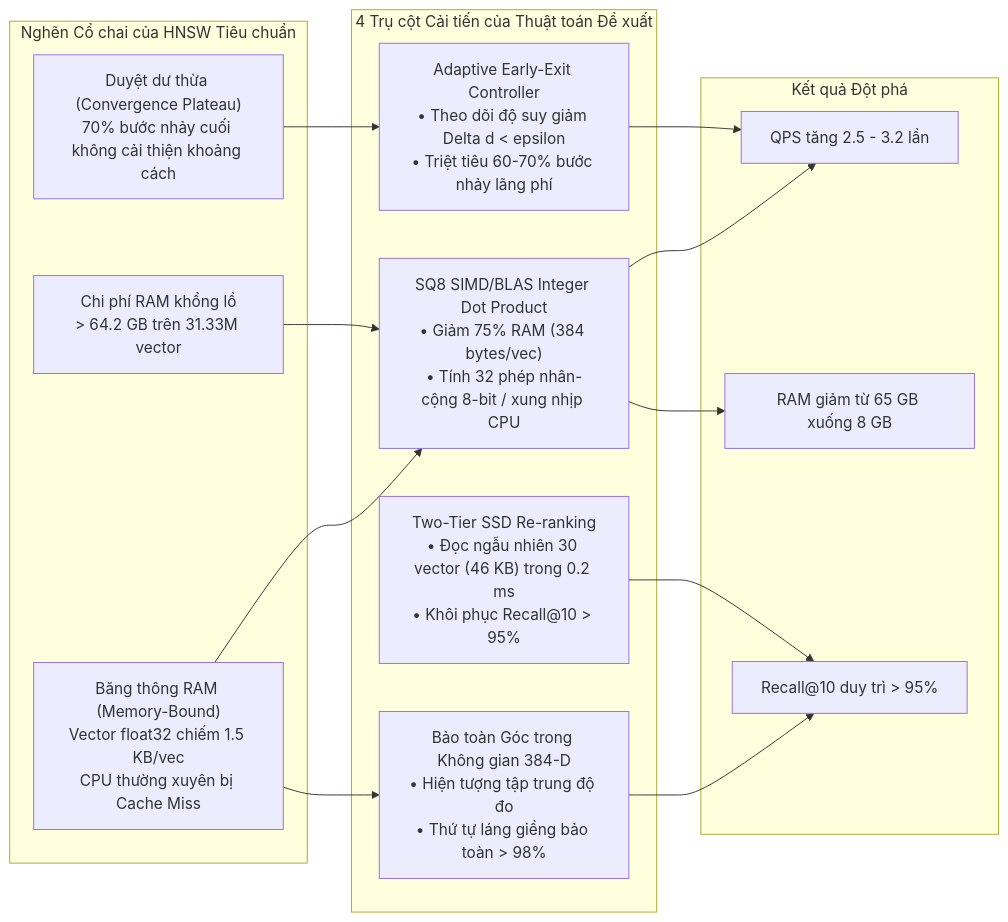
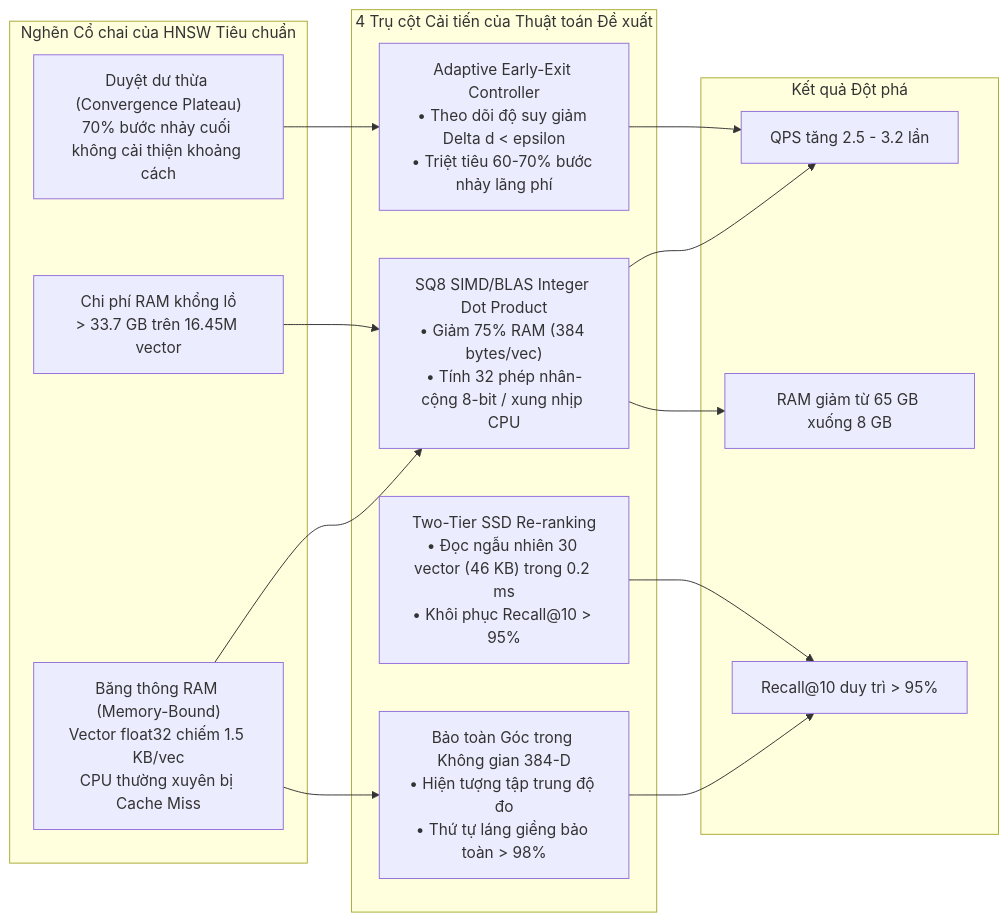
One commit to rootkind35-del/HNSW-Combined-Quantization changed the second of 2 diagrams in docs/KE_HOACH_THUC_THI_SAU_LUONG_TU_HOA.md. Above: the diagram before and after it, drawn with Mermaid. The commit also changed other lines of this file and 265 other files, not shown here.

````diff
--- a/docs/KE_HOACH_THUC_THI_SAU_LUONG_TU_HOA.md
+++ b/docs/KE_HOACH_THUC_THI_SAU_LUONG_TU_HOA.md
@@ -164,27 +161,27 @@
 ```mermaid
 flowchart LR
     subgraph Bottlenecks ["Nghẽn Cổ chai của HNSW Tiêu chuẩn"]
         B1["Băng thông RAM (Memory-Bound)<br/>Vector float32 chiếm 1.5 KB/vec<br/>CPU thường xuyên bị Cache Miss"]
         B2["Duyệt dư thừa (Convergence Plateau)<br/>70% bước nhảy cuối không cải thiện khoảng cách"]
-        B3["Chi phí RAM khổng lồ<br/>> 64.2 GB trên 31.33M vector"]
+        B3["Chi phí RAM khổng lồ<br/>> 33.7 GB trên 16.45M vector"]
     end
 
     subgraph Solutions ["4 Trụ cột Cải tiến của Thuật toán Đề xuất"]
         S1["SQ8 SIMD/BLAS Integer Dot Product<br/>• Giảm 75% RAM (384 bytes/vec)<br/>• Tính 32 phép nhân-cộng 8-bit / xung nhịp CPU"]
         S2["Bảo toàn Góc trong Không gian 384-D<br/>• Hiện tượng tập trung độ đo<br/>• Thứ tự láng giềng bảo toàn > 98%"]
         S3["Adaptive Early-Exit Controller<br/>• Theo dõi độ suy giảm Delta d < epsilon<br/>• Triệt tiêu 60-70% bước nhảy lãng phí"]
         S4["Two-Tier SSD Re-ranking<br/>• Đọc ngẫu nhiên 30 vector (46 KB) trong 0.2 ms<br/>• Khôi phục Recall@10 > 95%"]
     end
 
     subgraph Results ["Kết quả Đột phá"]
         R1["QPS tăng 2.5 - 3.2 lần"]
         R2["RAM giảm từ 65 GB xuống 8 GB"]
         R3["Recall@10 duy trì > 95%"]
     end
 
     B1 --> S1 --> R1
     B1 --> S2 --> R3
     B2 --> S3 --> R1
     B3 --> S1 --> R2
     S4 --> R3
 ```
````
